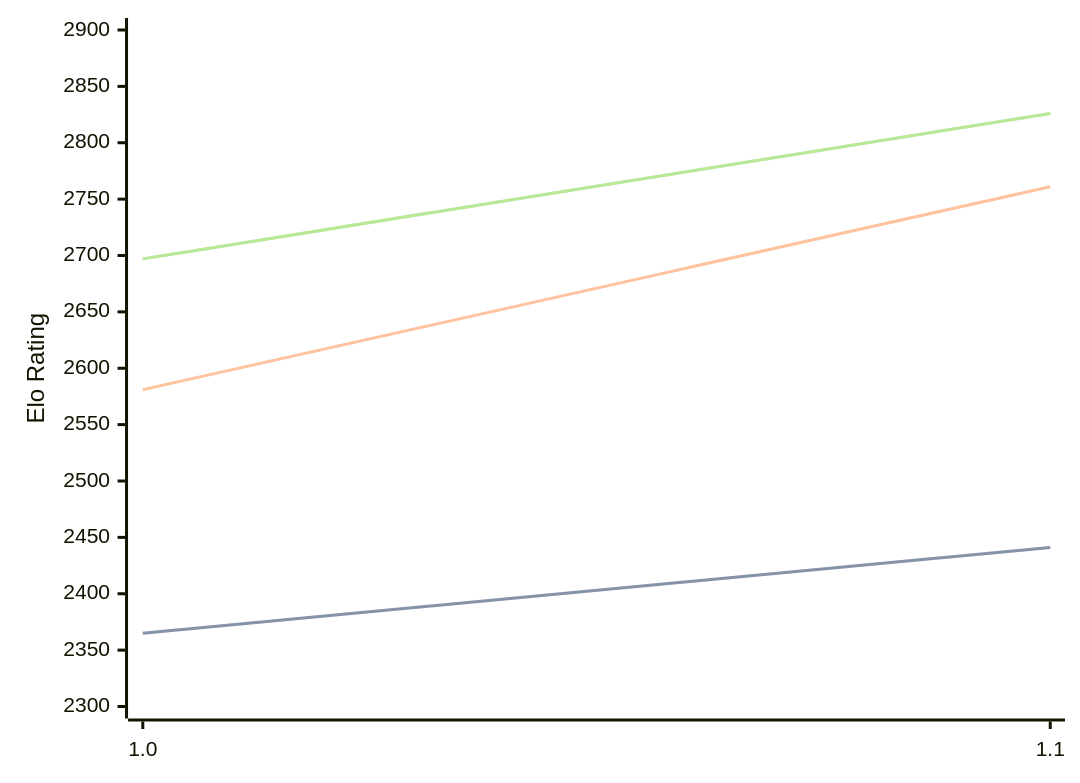
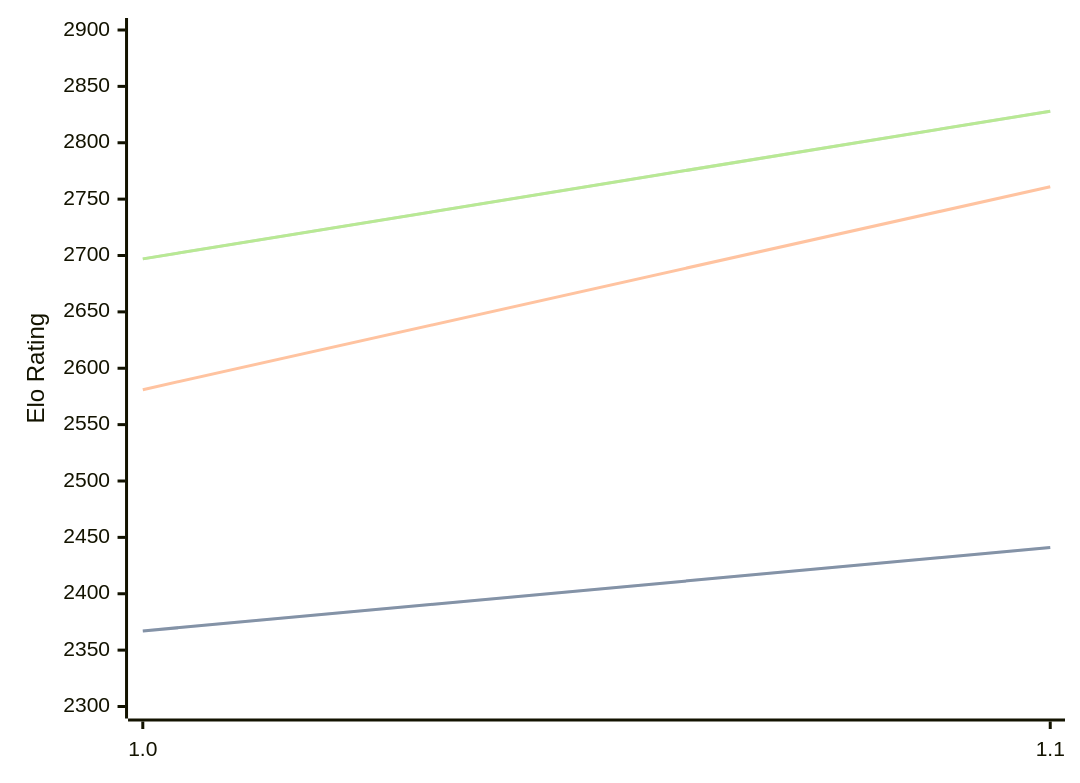
The diagram in engines/FoxChess.md (computer-chess-index/cci), drawn with Mermaid before and after one commit. The commit also changed other lines of this file, not shown here.

Commit message:
Update CCI Ratings (ELO VLTC) - 2026-05-04

````diff
--- a/engines/FoxChess.md
+++ b/engines/FoxChess.md
@@ -32,11 +32,11 @@
 ```mermaid
 %%{init: {"theme":"base","themeVariables":{"seriesColors:['#a3a3a3','#222221','#faa371']}}}%%
 xychart-beta
   x-axis ["1.0", "1.1"]
   y-axis "Elo Rating" 2300 --> 2900
-  line "STC (8.0+0.08s)" [2365, 2441]
-  line "STC (8.0+0.08s)" [2365, 2441]
+  line "STC (8.0+0.08s)" [2367, 2441]
+  line "STC (8.0+0.08s)" [2367, 2441]
   line "LTC (60.0+0.60s)" [2581, 2761]
-  line "VLTC (2m24s+1.12s)" [2697, 2826]
-  line "VLTC (2m24s+1.12s)" [2697, 2826]
+  line "VLTC (2m24s+1.12s)" [2697, 2828]
+  line "VLTC (2m24s+1.12s)" [2697, 2828]
 ```
````
